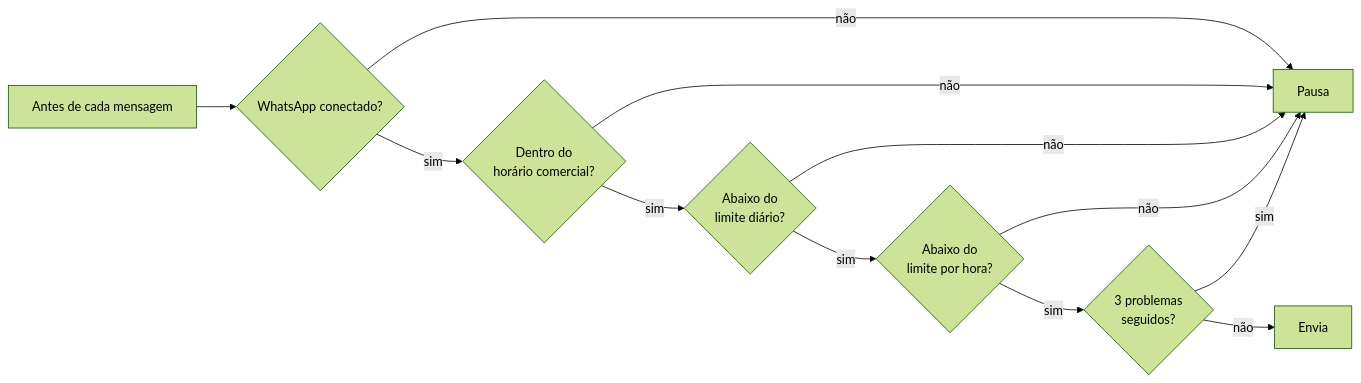
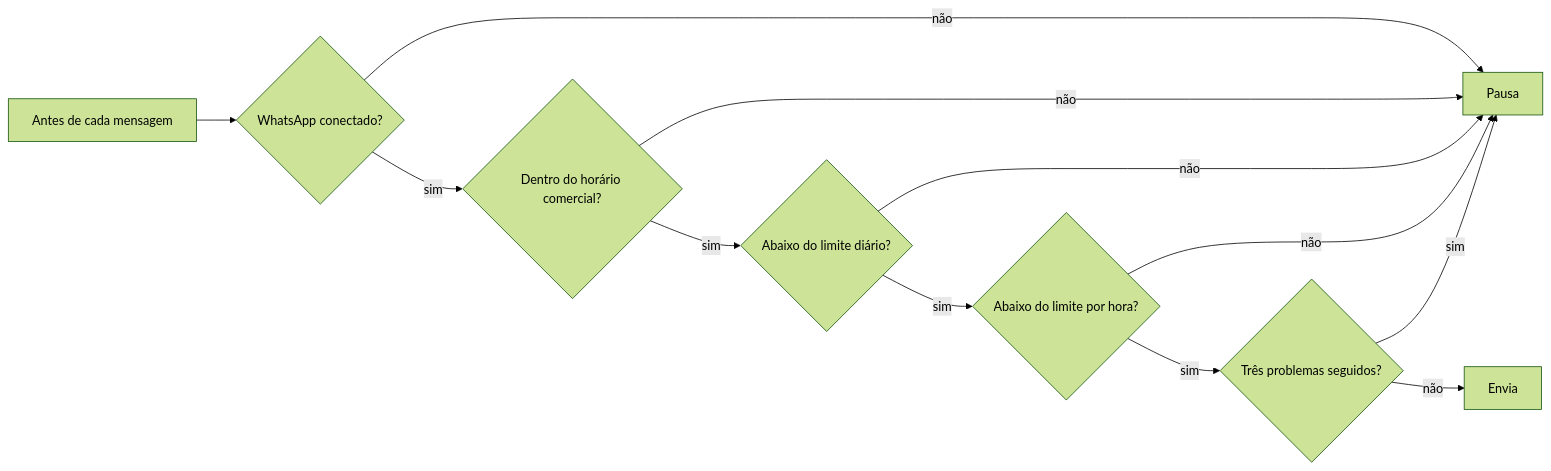
Before and after one commit to Nathan-Paranhos/whatsapp-not-api: the second of 4 diagrams in README.md, drawn with Mermaid (forest theme). The commit also changed other lines of this file and 2 other files, not shown here.

First line of the commit message:
Corrige diagramas mermaid que não renderizavam no GitHub

````diff
--- a/README.md
+++ b/README.md
@@ -157,14 +157,14 @@
 ```mermaid
 flowchart LR
-    A[Antes de cada mensagem] --> B{WhatsApp conectado?}
-    B -- não --> P[Pausa]
-    B -- sim --> C{Dentro do<br/>horário comercial?}
-    C -- não --> P
-    C -- sim --> D{Abaixo do<br/>limite diário?}
-    D -- não --> P
-    D -- sim --> E{Abaixo do<br/>limite por hora?}
-    E -- não --> P
-    E -- sim --> F{3 problemas<br/>seguidos?}
-    F -- sim --> P
-    F -- não --> G[Envia]
+    A["Antes de cada mensagem"] --> B{"WhatsApp conectado?"}
+    B -->|"não"| P["Pausa"]
+    B -->|"sim"| C{"Dentro do horário comercial?"}
+    C -->|"não"| P
+    C -->|"sim"| D{"Abaixo do limite diário?"}
+    D -->|"não"| P
+    D -->|"sim"| E{"Abaixo do limite por hora?"}
+    E -->|"não"| P
+    E -->|"sim"| F{"Três problemas seguidos?"}
+    F -->|"sim"| P
+    F -->|"não"| G["Envia"]
 ```
````
